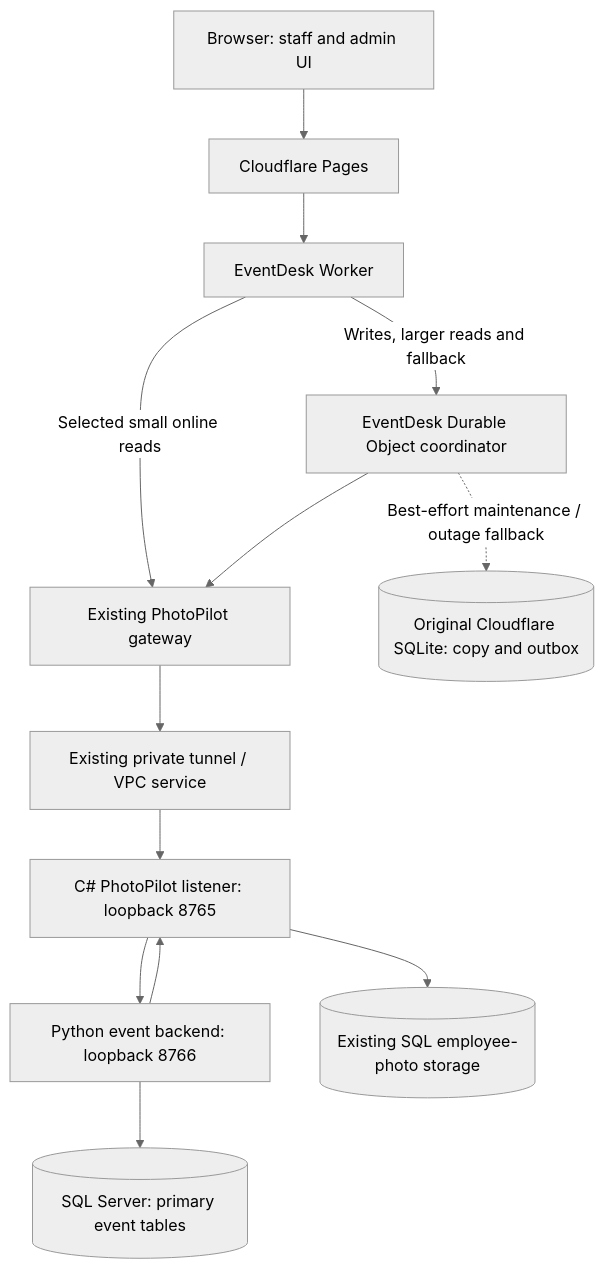
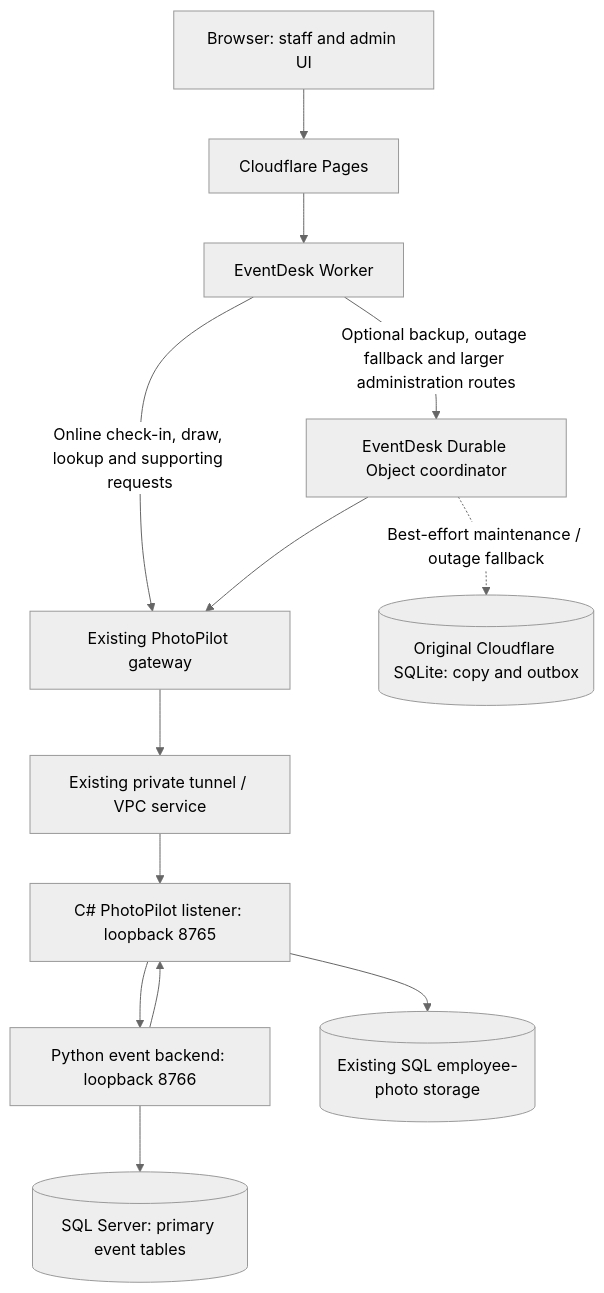
The first of 2 diagrams in cloudflare/SQL_FAILOVER.md (akwaa2545-gif/NewYearApp), drawn with Mermaid (neutral theme) before and after one commit. The commit also changed other lines of this file and 21 other files, not shown here.

````diff
--- a/cloudflare/SQL_FAILOVER.md
+++ b/cloudflare/SQL_FAILOVER.md
@@ -24,15 +24,15 @@
 ```mermaid
 flowchart TD
     Browser[Browser: staff and admin UI] --> Pages[Cloudflare Pages]
     Pages --> Worker[EventDesk Worker]
-    Worker -->|Writes, larger reads and fallback| Coordinator[EventDesk Durable Object coordinator]
-    Worker -->|Selected small online reads| Gateway
+    Worker -->|Optional backup, outage fallback and larger administration routes| Coordinator[EventDesk Durable Object coordinator]
+    Worker -->|Online check-in, draw, lookup and supporting requests| Gateway
     Coordinator --> Gateway[Existing PhotoPilot gateway]
     Gateway --> Tunnel[Existing private tunnel / VPC service]
     Tunnel --> Photo[C# PhotoPilot listener: loopback 8765]
     Photo --> Backend[Python event backend: loopback 8766]
     Backend --> SQL[(SQL Server: primary event tables)]
     Coordinator -. Best-effort maintenance / outage fallback .-> SQLite[(Original Cloudflare SQLite: copy and outbox)]
     Backend --> Photo
     Photo --> Photos[(Existing SQL employee-photo storage)]
 ```
````
